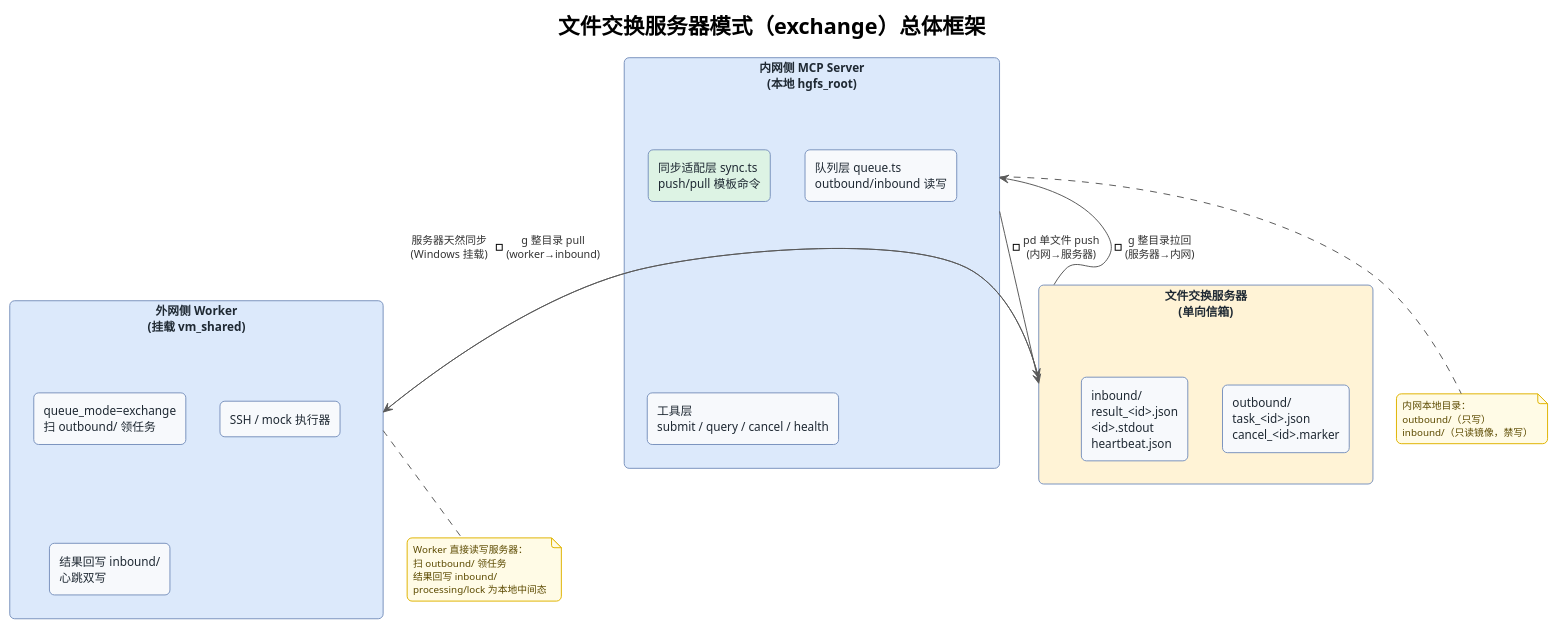
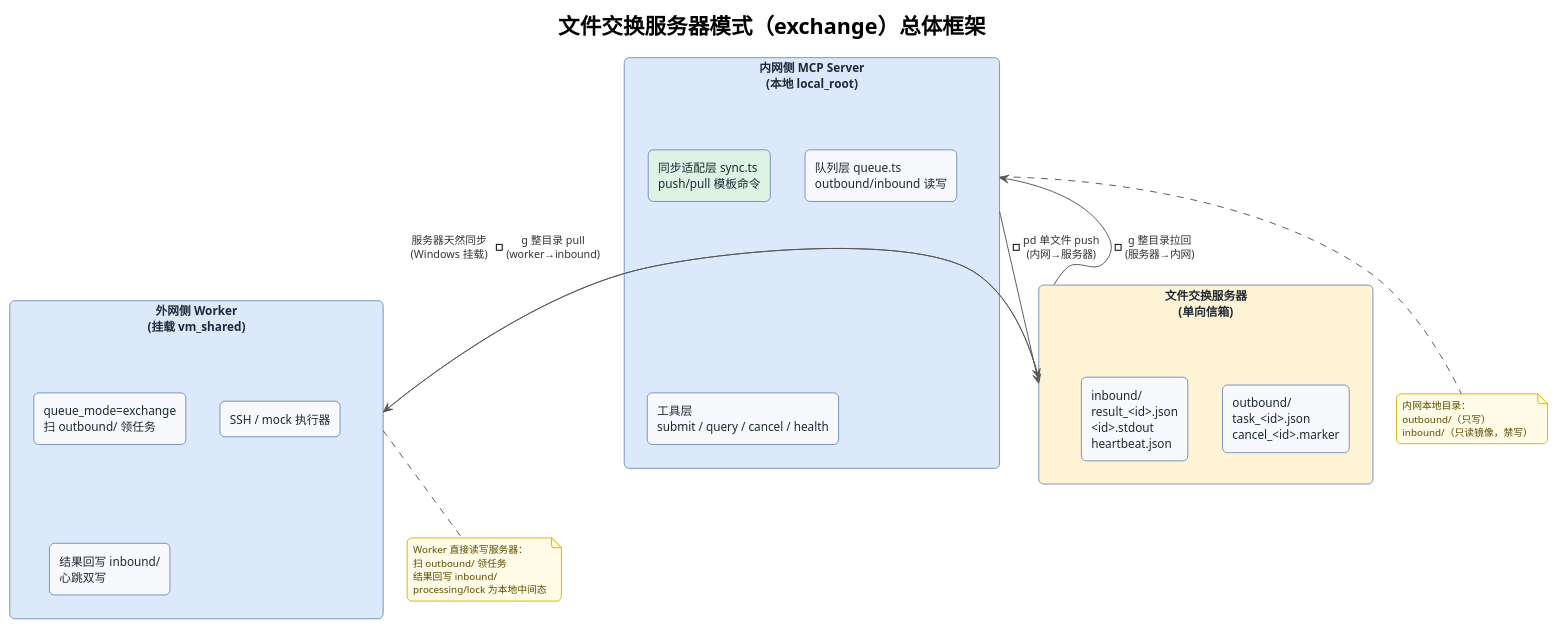
Before and after one commit to smk-h/isolate-bridge: the diagram in docs/文件交换服务器模式/框架图.puml, drawn with PlantUML. The commit also changed 4 other files, not shown here.

Commit message:
docs: 共享根目录环境变量 MSGFERRY_HGFS_ROOT 泛化为 MSGFERRY_LOCAL_ROOT

```diff
--- a/docs/文件交换服务器模式/框架图.puml
+++ b/docs/文件交换服务器模式/框架图.puml
@@ -1,61 +1,61 @@
 @startuml 文件交换服务器模式框架图
 !theme plain
 skinparam backgroundColor #FFFFFF
 skinparam shadowing false
 skinparam roundCorner 10
 skinparam defaultFontName "Segoe UI"
 skinparam ArrowColor #5A5A5A
 skinparam ArrowFontColor #333333
 skinparam ArrowFontSize 11
 skinparam rectangle {
   BackgroundColor #F7F9FC
   BorderColor #7A93BE
   BorderThickness 1
   FontColor #1F2933
   FontSize 12
 }
 skinparam note {
   BackgroundColor #FFFBE6
   BorderColor #E0B400
   FontColor #5C4A00
   FontSize 10
 }
 
 title 文件交换服务器模式（exchange）总体框架
 
-rectangle "内网侧 MCP Server\n(本地 hgfs_root)" as mcp #DCE9FB {
+rectangle "内网侧 MCP Server\n(本地 local_root)" as mcp #DCE9FB {
   rectangle "同步适配层 sync.ts\npush/pull 模板命令" as sync #DDF3E4
   rectangle "队列层 queue.ts\noutbound/inbound 读写" as q
   rectangle "工具层\nsubmit / query / cancel / health" as tools
 }
 
 rectangle "文件交换服务器\n(单向信箱)" as fs #FFF3D6 {
   rectangle "outbound/\ntask_<id>.json\ncancel_<id>.marker" as out
   rectangle "inbound/\nresult_<id>.json\n<id>.stdout\nheartbeat.json" as inbound
 }
 
 rectangle "外网侧 Worker\n(挂载 vm_shared)" as worker #DCE9FB {
   rectangle "queue_mode=exchange\n扫 outbound/ 领任务" as wq
   rectangle "SSH / mock 执行器" as exec
   rectangle "结果回写 inbound/\n心跳双写" as wr
 }
 
 mcp -down-> fs : -pd 单文件 push\n(内网→服务器)
 fs -down-> worker : 服务器天然同步\n(Windows 挂载)
 worker -right-> fs : -g 整目录 pull\n(worker→inbound)
 fs -up-> mcp : -g 整目录拉回\n(服务器→内网)
 
 note bottom of mcp
   内网本地目录：
   outbound/（只写）
   inbound/（只读镜像，禁写）
 end note
 
 note bottom of worker
   Worker 直接读写服务器：
   扫 outbound/ 领任务
   结果回写 inbound/
   processing/lock 为本地中间态
 end note
 
 @enduml
```
